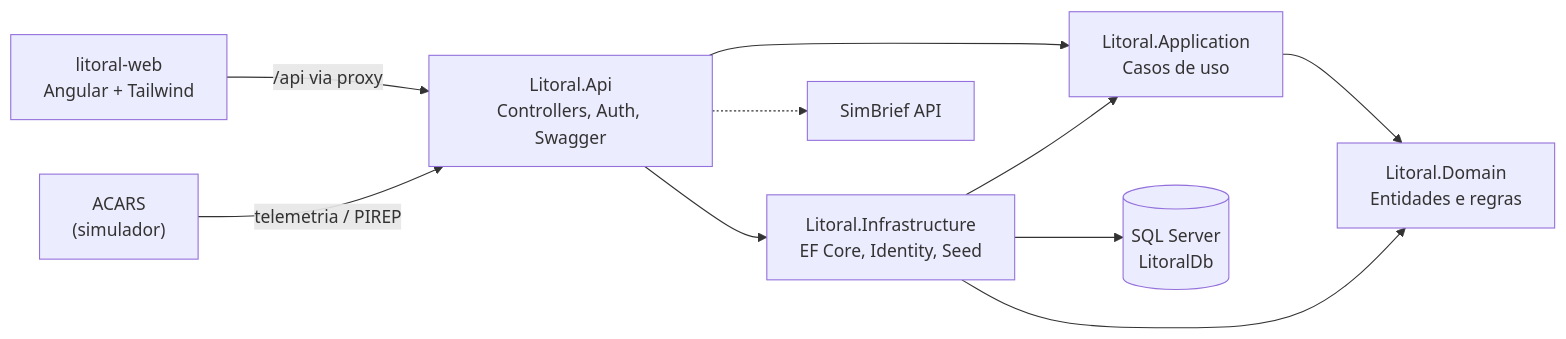
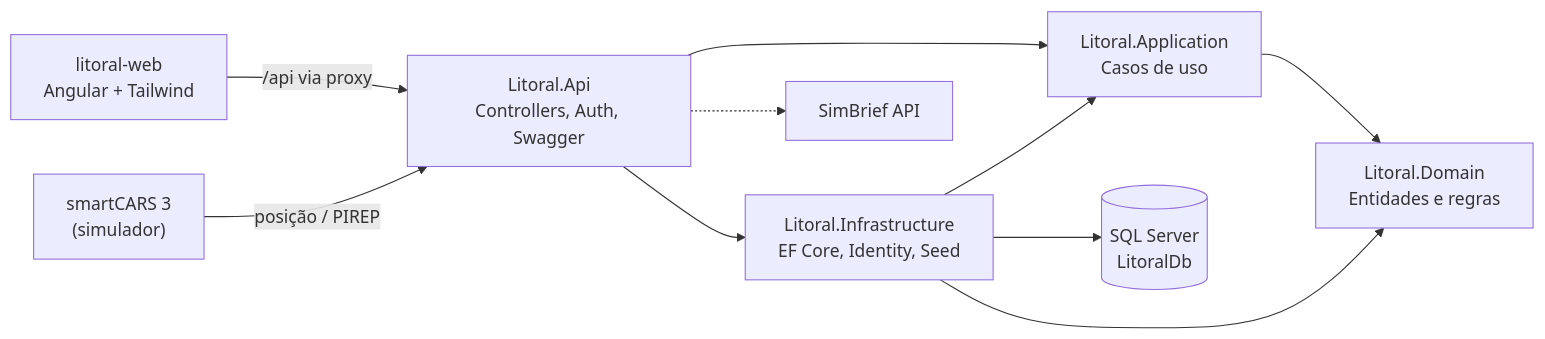
One commit to alexandrefgs/litoral-linhas-aereas changed the diagram in README.md. Above: the diagram before and after it, drawn with Mermaid. The commit also changed other lines of this file, not shown here.

````diff
--- a/README.md
+++ b/README.md
@@ -290,12 +323,12 @@
 ```mermaid
 flowchart LR
     WEB["litoral-web<br/>Angular + Tailwind"] -->|/api via proxy| API
-    ACARS["ACARS<br/>(simulador)"] -->|telemetria / PIREP| API
+    ACARS["smartCARS 3<br/>(simulador)"] -->|posição / PIREP| API
     API["Litoral.Api<br/>Controllers, Auth, Swagger"] --> APP["Litoral.Application<br/>Casos de uso"]
     API --> INFRA["Litoral.Infrastructure<br/>EF Core, Identity, Seed"]
     APP --> DOMAIN["Litoral.Domain<br/>Entidades e regras"]
     INFRA --> APP
     INFRA --> DOMAIN
     INFRA --> DB[("SQL Server<br/>LitoralDb")]
     API -.-> SIMBRIEF["SimBrief API"]
 ```
````
